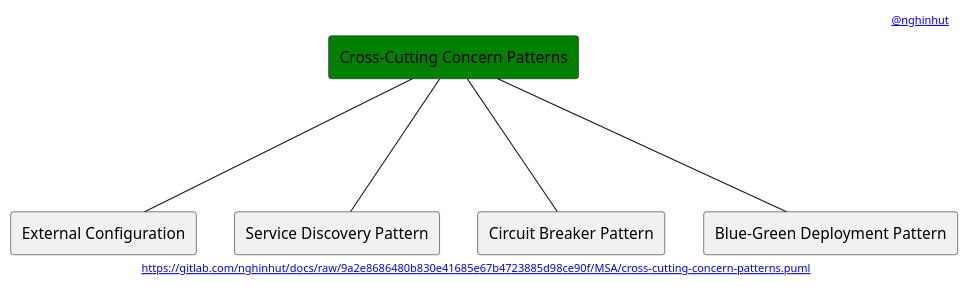
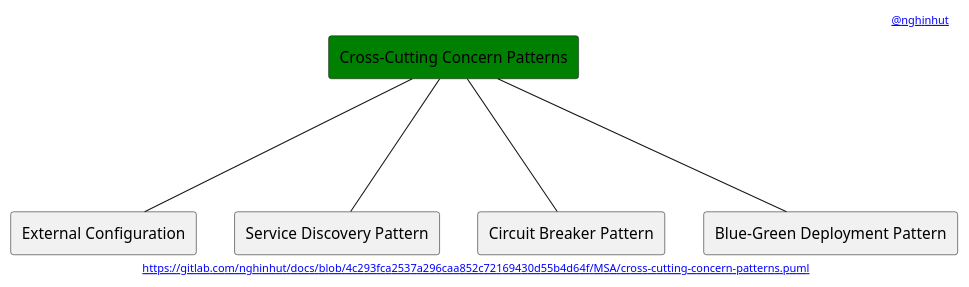
The diagram in MSA/cross-cutting-concern-patterns.puml (nghinhut/docs), drawn with PlantUML before and after one commit. The commit also changed 18 other files, not shown here.

Commit message:
Update diagrams

```diff
--- a/MSA/cross-cutting-concern-patterns.puml
+++ b/MSA/cross-cutting-concern-patterns.puml
@@ -1,18 +1,18 @@
 @startuml
 '-----START auto generated metadata please keep comment here to allow auto update-----
 '-----DON'T EDIT THIS SECTION, INSTEAD RE-RUN prebuild.sh TO UPDATE-----
 header [[mailto:nghinhut@gmail.com @nghinhut]]
-footer [[https://gitlab.com/nghinhut/docs/raw/9a2e8686480b830e41685e67b4723885d98ce90f/MSA/cross-cutting-concern-patterns.puml]]
+footer [[https://gitlab.com/nghinhut/docs/blob/4c293fca2537a296caa852c72169430d55b4d64f/MSA/cross-cutting-concern-patterns.puml]]
 '-----END auto generated metadata please keep comment here to allow auto update-----
 
 rectangle "Cross-Cutting Concern Patterns" as CrossCuttingConcern #green
 
 rectangle "External Configuration" as CrossCuttingConcernP1
 rectangle "Service Discovery Pattern" as CrossCuttingConcernP2
 rectangle "Circuit Breaker Pattern" as CrossCuttingConcernP3
 rectangle "Blue-Green Deployment Pattern" as CrossCuttingConcernP4
 CrossCuttingConcern --- CrossCuttingConcernP1
 CrossCuttingConcern --- CrossCuttingConcernP2
 CrossCuttingConcern --- CrossCuttingConcernP3
 CrossCuttingConcern --- CrossCuttingConcernP4
 @enduml
```
